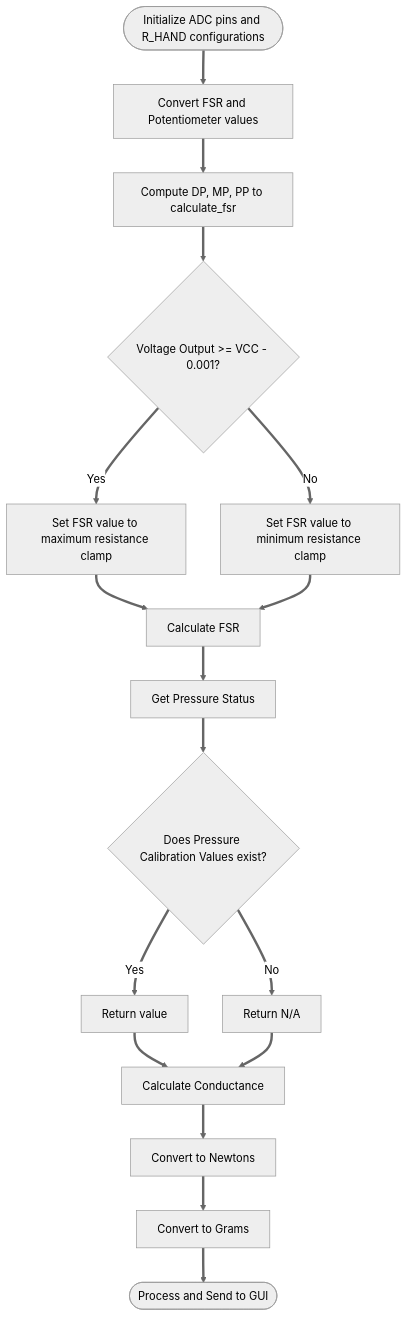
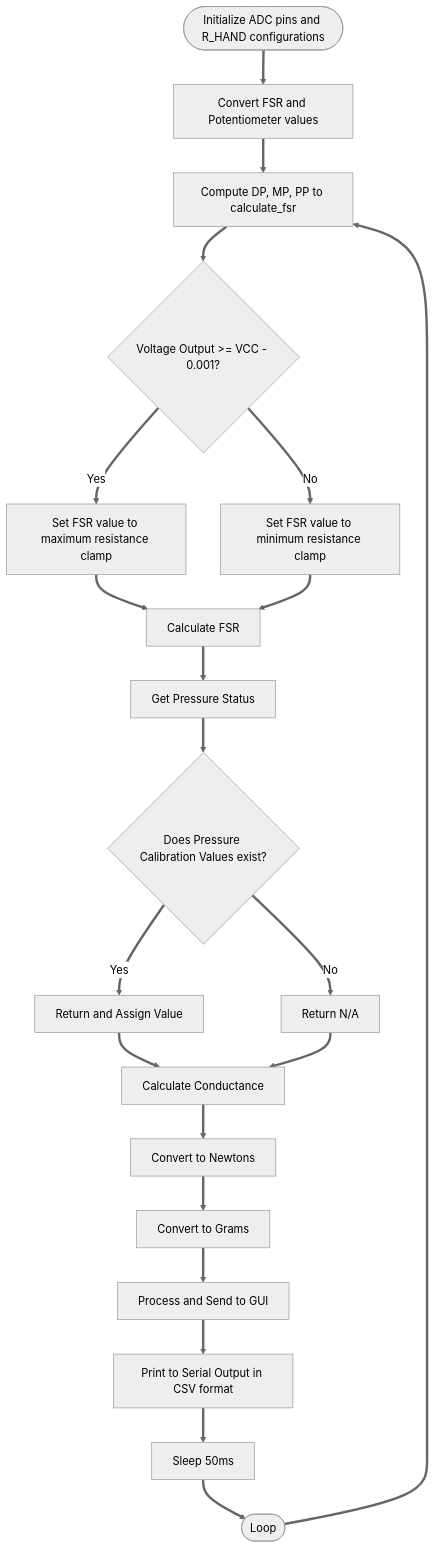
Before and after one commit to BnZel/stm32-prototype-tactile-glove: the second of 2 diagrams in README.md, drawn with Mermaid (neutral theme).

Commit message:
updated firmware flowcharts descriptions and added loop to compute dp,mp,pp process

````diff
--- a/README.md
+++ b/README.md
@@ -67,22 +67,24 @@
 ```mermaid
 flowchart TD
     A([Initialize ADC pins and R_HAND configurations]) ==> B[Convert FSR and Potentiometer values]
     B ==> C[Compute DP, MP, PP to calculate_fsr]
     C ==> D{Voltage Output >= VCC - 0.001?}
     D ==> |Yes| E[Set FSR value to maximum resistance clamp]
     D ==> |No| F[Set FSR value to minimum resistance clamp]
     E ==> G[Calculate FSR]
     F ==> G
     G ==> H[Get Pressure Status]
     H ==> I{Does Pressure Calibration Values exist?}
-    I ==> |Yes| J[Return value]
+    I ==> |Yes| J[Return and Assign Value]
     I ==> |No| K[Return N/A]
     J ==> L[Calculate Conductance]
     K ==> L
     L ==> M[Convert to Newtons]
     M ==> N[Convert to Grams]
-    N ==> O([Process and Send to GUI])
-
-    
+    N ==> O[Process and Send to GUI]
+    O ==> P[Print to Serial Output in CSV format]
+    P ==> Q[Sleep 50ms]
+    Q ==> R([Loop])
+    R ==> C
 
 ```
````
